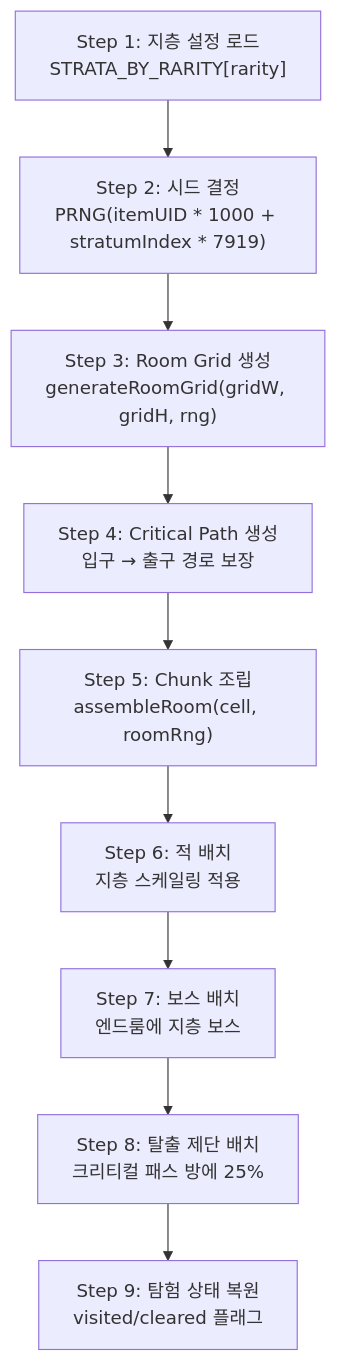
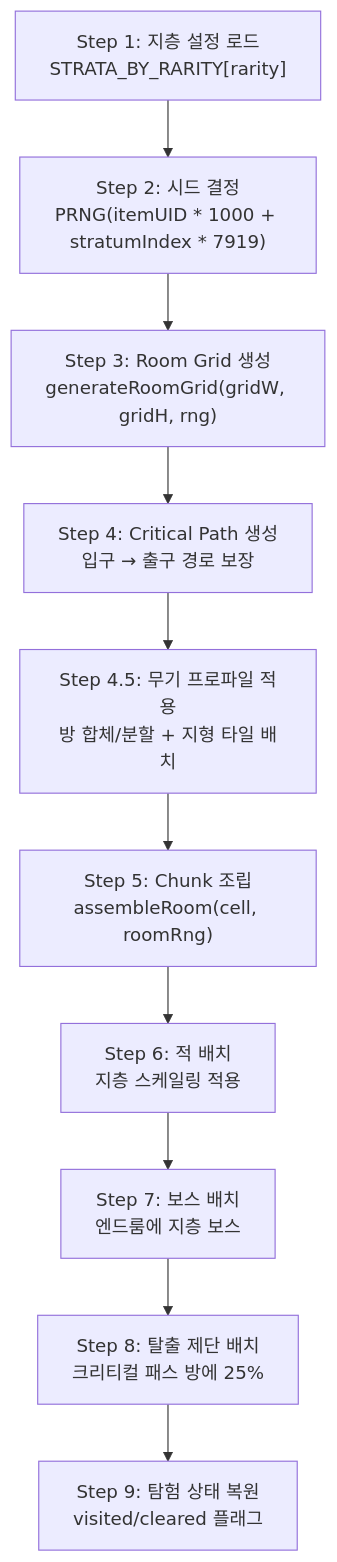
The diagram in Documents/System/System_ItemWorld_FloorGen.md (Biskraft/ProjectAbyss), drawn with Mermaid before and after one commit. The commit also changed other lines of this file and 132 other files, not shown here.

````diff
--- a/Documents/System/System_ItemWorld_FloorGen.md
+++ b/Documents/System/System_ItemWorld_FloorGen.md
@@ -125,11 +311,12 @@
 ```mermaid
 flowchart TD
     A["Step 1: 지층 설정 로드\nSTRATA_BY_RARITY[rarity]"] --> B["Step 2: 시드 결정\nPRNG(itemUID * 1000 + stratumIndex * 7919)"]
     B --> C["Step 3: Room Grid 생성\ngenerateRoomGrid(gridW, gridH, rng)"]
     C --> D["Step 4: Critical Path 생성\n입구 → 출구 경로 보장"]
-    D --> E["Step 5: Chunk 조립\nassembleRoom(cell, roomRng)"]
+    D --> DA["Step 4.5: 무기 프로파일 적용\n방 합체/분할 + 지형 타일 배치"]
+    DA --> E["Step 5: Chunk 조립\nassembleRoom(cell, roomRng)"]
     E --> F["Step 6: 적 배치\n지층 스케일링 적용"]
     F --> G["Step 7: 보스 배치\n엔드룸에 지층 보스"]
     G --> H["Step 8: 탈출 제단 배치\n크리티컬 패스 방에 25%"]
     H --> I["Step 9: 탐험 상태 복원\nvisited/cleared 플래그"]
 ```
````
